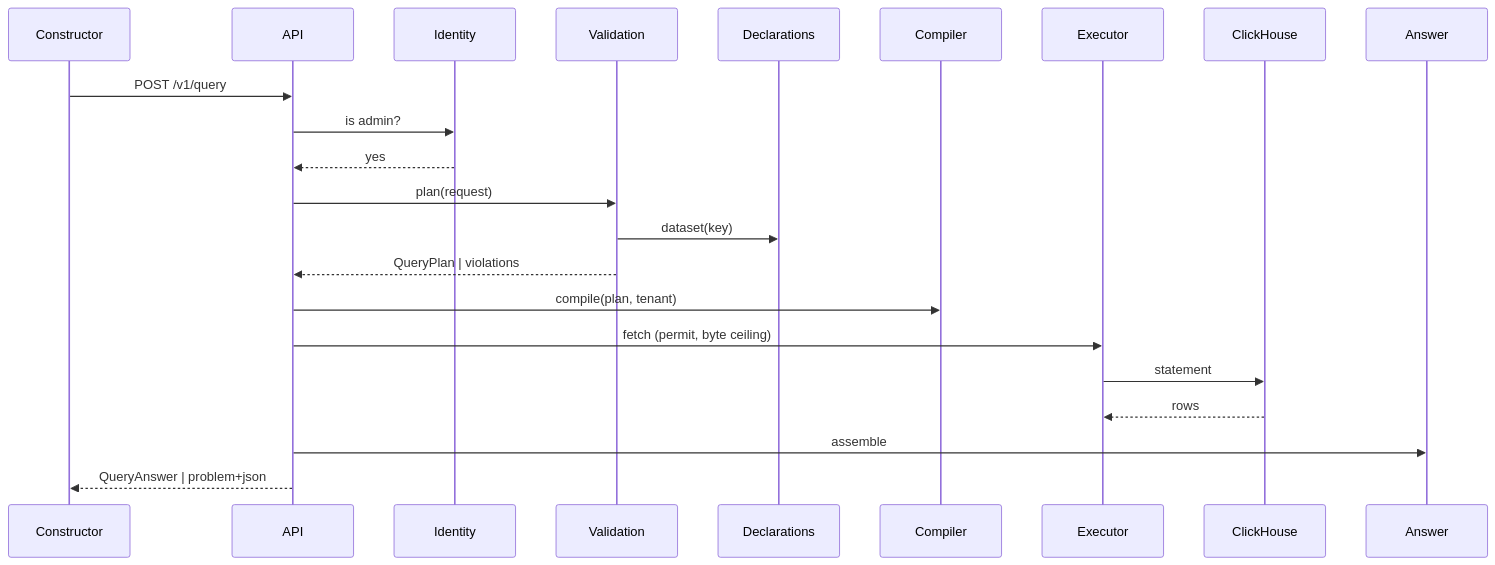
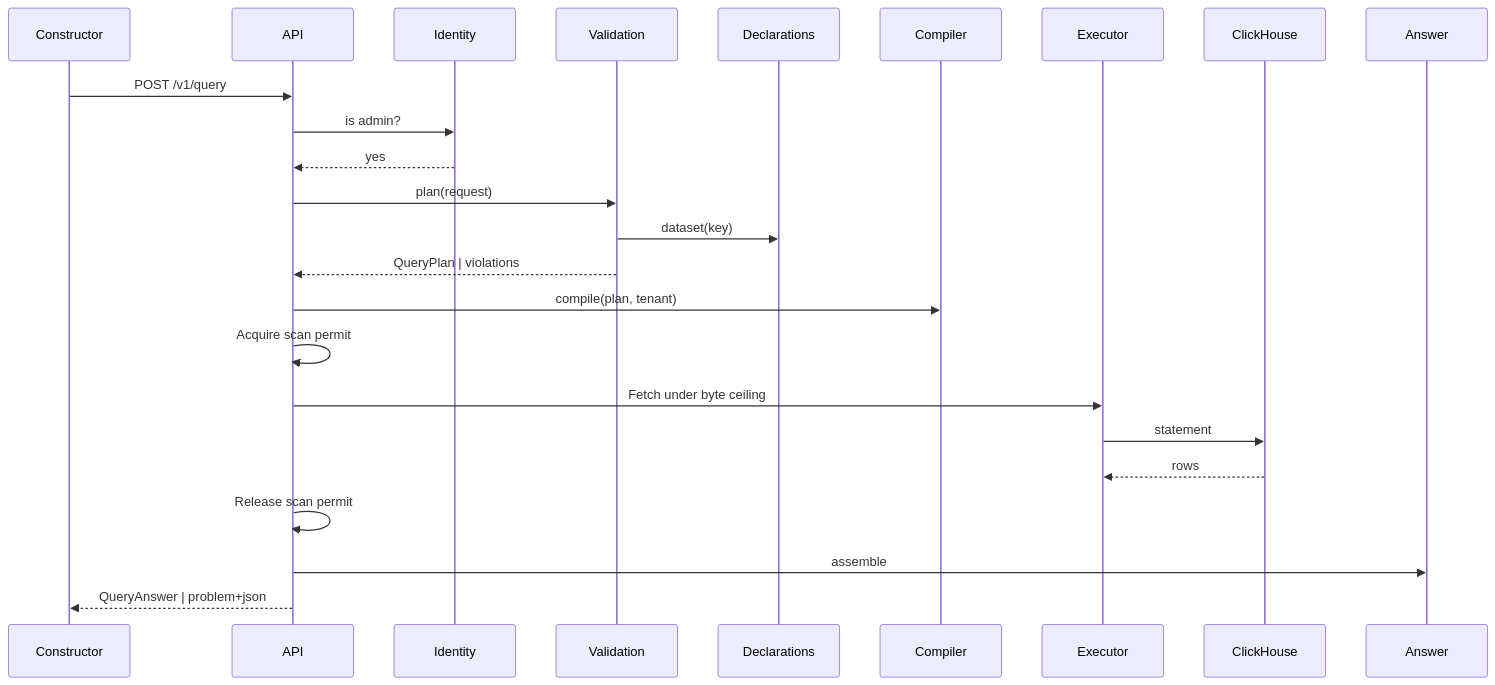
Before and after one commit to constructorfabric/cyber-insight: the diagram in docs/domain/query-engine/DESIGN.md, drawn with Mermaid. The commit also changed other lines of this file and 1 other file, not shown here.

````diff
--- a/docs/domain/query-engine/DESIGN.md
+++ b/docs/domain/query-engine/DESIGN.md
@@ -546,15 +476,17 @@
 ```mermaid
 sequenceDiagram
     Constructor ->> API: POST /v1/query
     API ->> Identity: is admin?
     Identity -->> API: yes
     API ->> Validation: plan(request)
     Validation ->> Declarations: dataset(key)
     Validation -->> API: QueryPlan | violations
     API ->> Compiler: compile(plan, tenant)
-    API ->> Executor: fetch (permit, byte ceiling)
+    API ->> API: Acquire scan permit
+    API ->> Executor: Fetch under byte ceiling
     Executor ->> ClickHouse: statement
     ClickHouse -->> Executor: rows
+    API ->> API: Release scan permit
     API ->> Answer: assemble
     API -->> Constructor: QueryAnswer | problem+json
 ```
````
